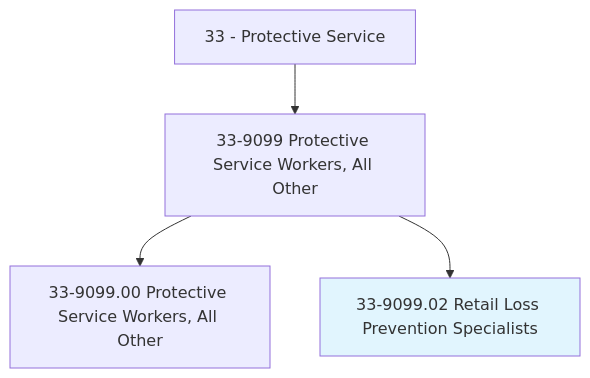
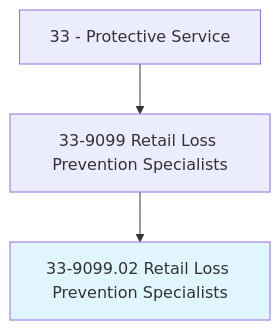
The first of 4 diagrams in occupations/PublicSafety/RetailLossPreventionSpecialists.mdx (kziemski/business.org.ai), drawn with Mermaid before and after one commit. The commit also changed other lines of this file and 938 other files, not shown here.

````diff
--- a/occupations/PublicSafety/RetailLossPreventionSpecialists.mdx
+++ b/occupations/PublicSafety/RetailLossPreventionSpecialists.mdx
@@ -19,7 +23,6 @@
 ```mermaid
 graph TD
-    Cat33["33 - Protective Service"] --> Group339099["33-9099 Protective Service Workers, All Other"]
-    Group339099 --> Base["33-9099.00 Protective Service Workers, All Other"]
+    Cat33["33 - Protective Service"] --> Group339099["33-9099 Retail Loss Prevention Specialists"]
     Group339099 --> Current["33-9099.02 Retail Loss Prevention Specialists"]
     style Current fill:#e1f5fe
 ```
````
